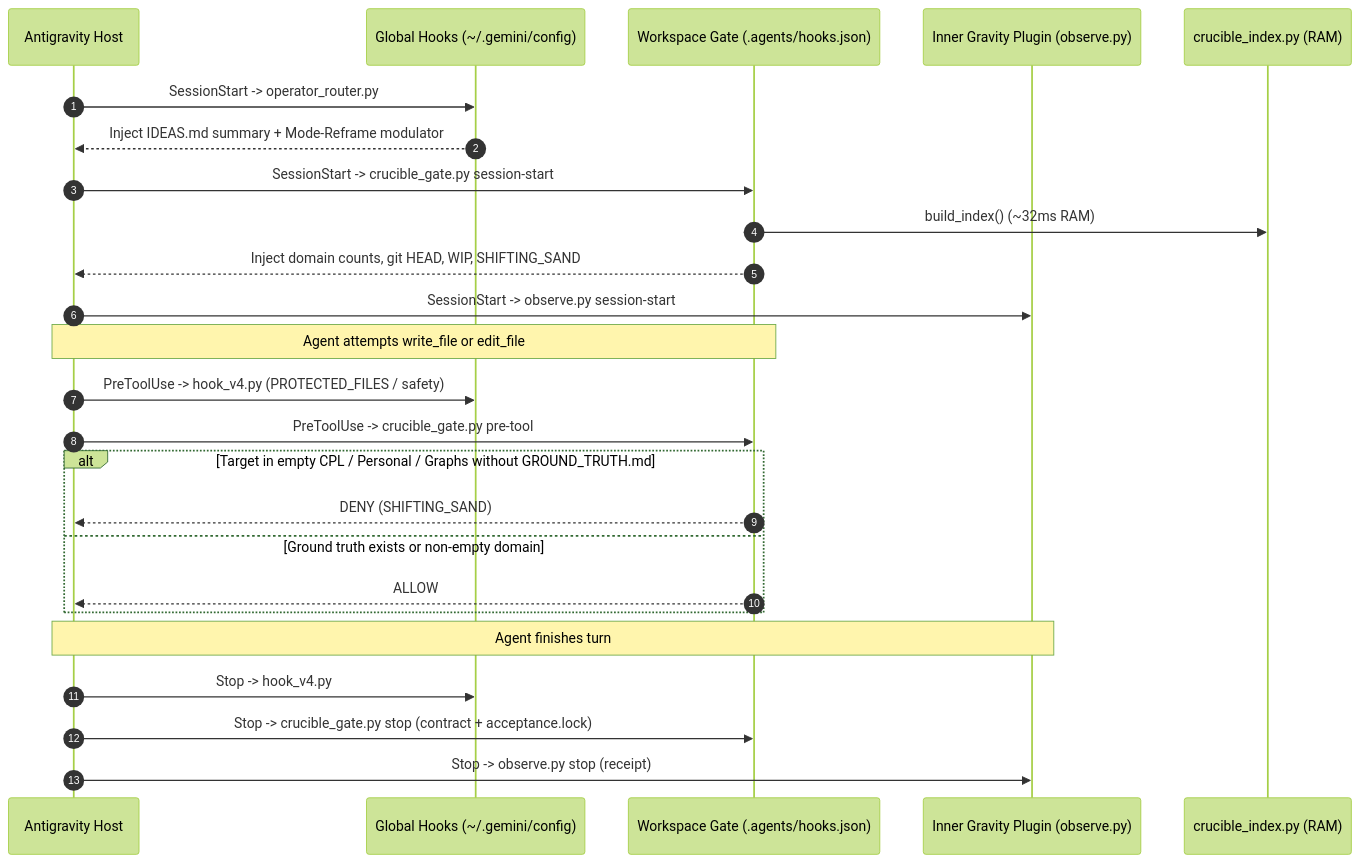
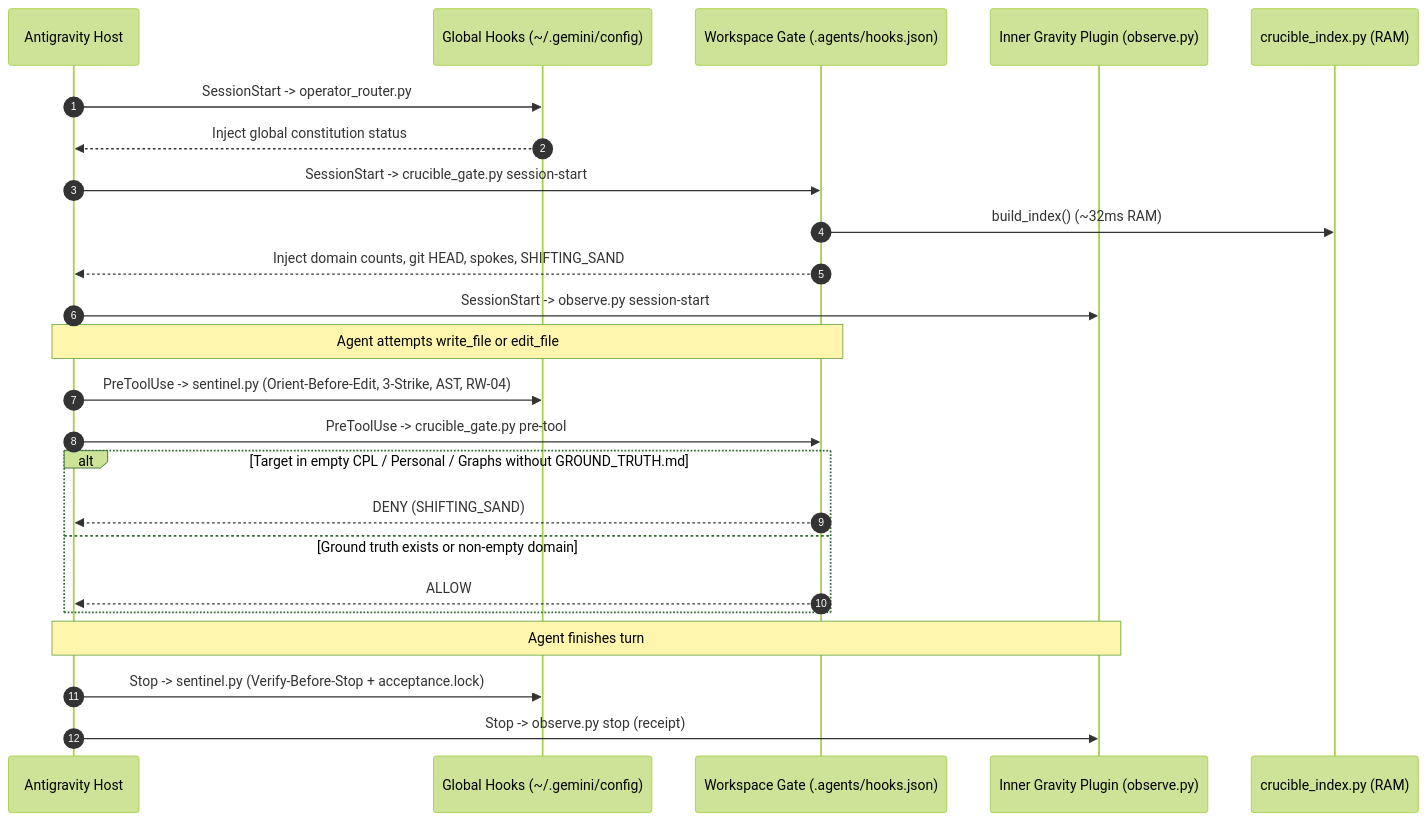
One commit to guarani-ux/Crucible-Domain changed the first of 2 diagrams in Graphs/01_System_Topology_and_Runtime.md. Above: the diagram before and after it, drawn with Mermaid (forest theme). The commit also changed other lines of this file and 6 other files, not shown here.

Commit message:
Decouple IDEAS.md, refresh docs for sentinel hook cutover, and update CS_Opportunity_Map digest

````diff
--- a/Graphs/01_System_Topology_and_Runtime.md
+++ b/Graphs/01_System_Topology_and_Runtime.md
@@ -16,30 +16,29 @@
 ```mermaid
 sequenceDiagram
     autonumber
     participant AGY as Antigravity Host
     participant GLB as Global Hooks (~/.gemini/config)
     participant WSP as Workspace Gate (.agents/hooks.json)
     participant IG as Inner Gravity Plugin (observe.py)
     participant IDX as crucible_index.py (RAM)
 
     AGY->>GLB: SessionStart -> operator_router.py
-    GLB-->>AGY: Inject IDEAS.md summary + Mode-Reframe modulator
+    GLB-->>AGY: Inject global constitution status
     AGY->>WSP: SessionStart -> crucible_gate.py session-start
     WSP->>IDX: build_index() (~32ms RAM)
-    WSP-->>AGY: Inject domain counts, git HEAD, WIP, SHIFTING_SAND
+    WSP-->>AGY: Inject domain counts, git HEAD, spokes, SHIFTING_SAND
     AGY->>IG: SessionStart -> observe.py session-start
 
     Note over AGY,WSP: Agent attempts write_file or edit_file
-    AGY->>GLB: PreToolUse -> hook_v4.py (PROTECTED_FILES / safety)
+    AGY->>GLB: PreToolUse -> sentinel.py (Orient-Before-Edit, 3-Strike, AST, RW-04)
     AGY->>WSP: PreToolUse -> crucible_gate.py pre-tool
     alt Target in empty CPL / Personal / Graphs without GROUND_TRUTH.md
         WSP-->>AGY: DENY (SHIFTING_SAND)
     else Ground truth exists or non-empty domain
         WSP-->>AGY: ALLOW
     end
 
     Note over AGY,IG: Agent finishes turn
-    AGY->>GLB: Stop -> hook_v4.py
-    AGY->>WSP: Stop -> crucible_gate.py stop (contract + acceptance.lock)
+    AGY->>GLB: Stop -> sentinel.py (Verify-Before-Stop + acceptance.lock)
     AGY->>IG: Stop -> observe.py stop (receipt)
 ```
````
